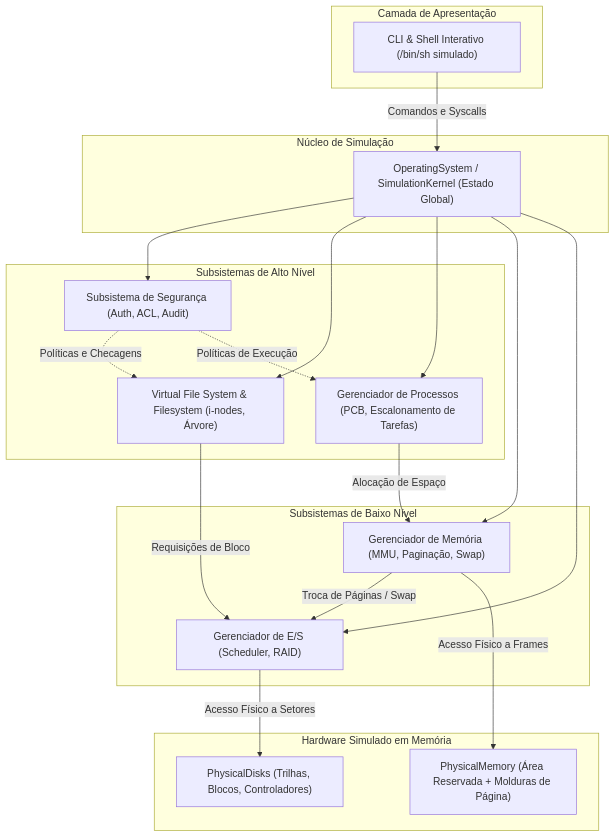
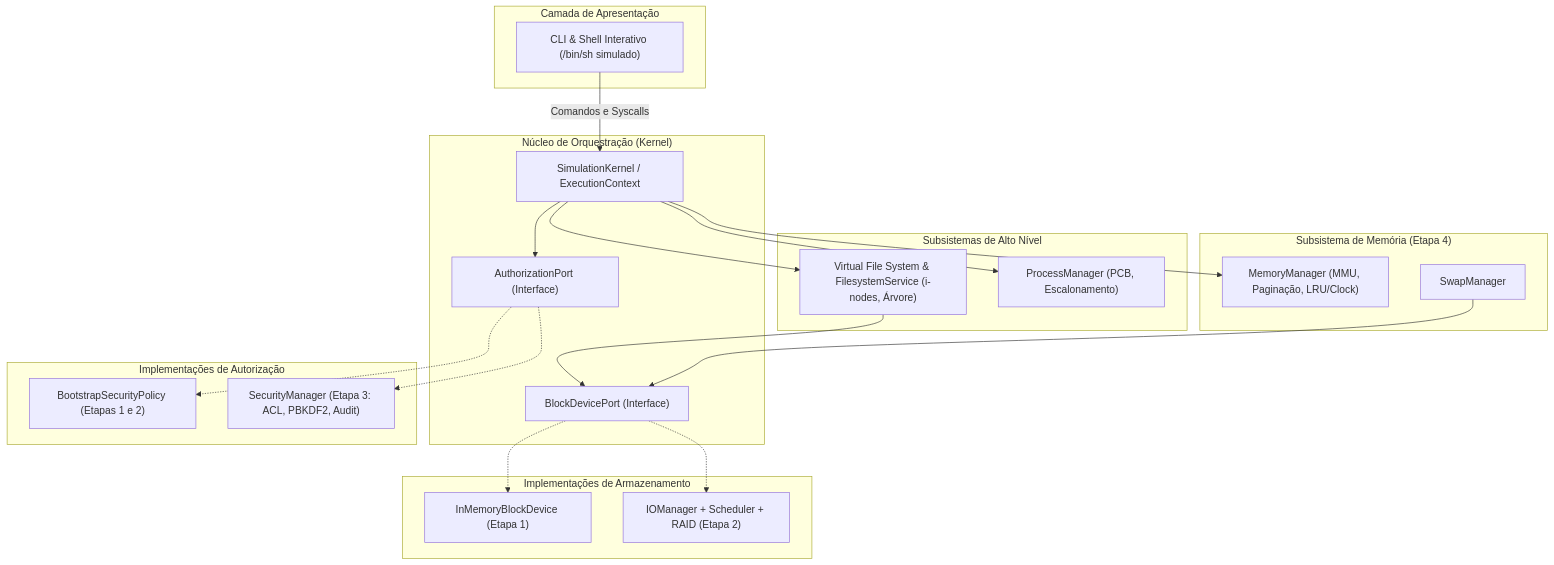
One commit to matheussbastos1/OS_simulator changed the first of 6 diagrams in docs/ARCHITECTURE.md. Above: the diagram before and after it, drawn with Mermaid. The commit also changed other lines of this file and 7 other files, not shown here.

Commit message:
fix(docs): establish decoupling ports, align cli syntax and refine phase 0 architecture

````diff
--- a/docs/ARCHITECTURE.md
+++ b/docs/ARCHITECTURE.md
@@ -20,41 +26,45 @@
 ```mermaid
 flowchart TD
     subgraph UI ["Camada de Apresentação"]
         CLI["CLI & Shell Interativo (/bin/sh simulado)"]
     end
 
-    subgraph Core ["Núcleo de Simulação"]
-        Kernel["OperatingSystem / SimulationKernel (Estado Global)"]
+    subgraph Core ["Núcleo de Orquestração (Kernel)"]
+        Kernel["SimulationKernel / ExecutionContext"]
+        AuthPort["AuthorizationPort (Interface)"]
+        BlockPort["BlockDevicePort (Interface)"]
+    end
+
+    subgraph AdaptersAuth ["Implementações de Autorização"]
+        BootstrapAuth["BootstrapSecurityPolicy (Etapas 1 e 2)"]
+        RealAuth["SecurityManager (Etapa 3: ACL, PBKDF2, Audit)"]
     end
 
     subgraph HighLevel ["Subsistemas de Alto Nível"]
-        SEC["Subsistema de Segurança (Auth, ACL, Audit)"]
-        VFS["Virtual File System & Filesystem (i-nodes, Árvore)"]
-        PROC["Gerenciador de Processos (PCB, Escalonamento de Tarefas)"]
+        VFS["Virtual File System & FilesystemService (i-nodes, Árvore)"]
+        PROC["ProcessManager (PCB, Escalonamento)"]
     end
 
-    subgraph LowLevel ["Subsistemas de Baixo Nível"]
-        MEM["Gerenciador de Memória (MMU, Paginação, Swap)"]
-        IO["Gerenciador de E/S (Scheduler, RAID)"]
+    subgraph AdaptersStorage ["Implementações de Armazenamento"]
+        MemAdapter["InMemoryBlockDevice (Etapa 1)"]
+        IOAdapter["IOManager + Scheduler + RAID (Etapa 2)"]
     end
 
-    subgraph Hardware ["Hardware Simulado em Memória"]
-        RAM["PhysicalMemory (Área Reservada + Molduras de Página)"]
-        DISKS["PhysicalDisks (Trilhas, Blocos, Controladores)"]
+    subgraph LowLevel ["Subsistema de Memória (Etapa 4)"]
+        MEM["MemoryManager (MMU, Paginação, LRU/Clock)"]
+        SWAP["SwapManager"]
     end
 
     CLI -->|Comandos e Syscalls| Kernel
-    Kernel --> SEC
+    Kernel --> AuthPort
+    AuthPort -.-> BootstrapAuth
+    AuthPort -.-> RealAuth
     Kernel --> VFS
     Kernel --> PROC
     Kernel --> MEM
-    Kernel --> IO
 
-    VFS -->|Requisições de Bloco| IO
-    PROC -->|Alocação de Espaço| MEM
-    MEM -->|Troca de Páginas / Swap| IO
-    IO -->|Acesso Físico a Setores| DISKS
-    MEM -->|Acesso Físico a Frames| RAM
-    SEC -.->|Políticas e Checagens| VFS
-    SEC -.->|Políticas de Execução| PROC
+    VFS --> BlockPort
+    SWAP --> BlockPort
+    BlockPort -.-> MemAdapter
+    BlockPort -.-> IOAdapter
 ```
````
